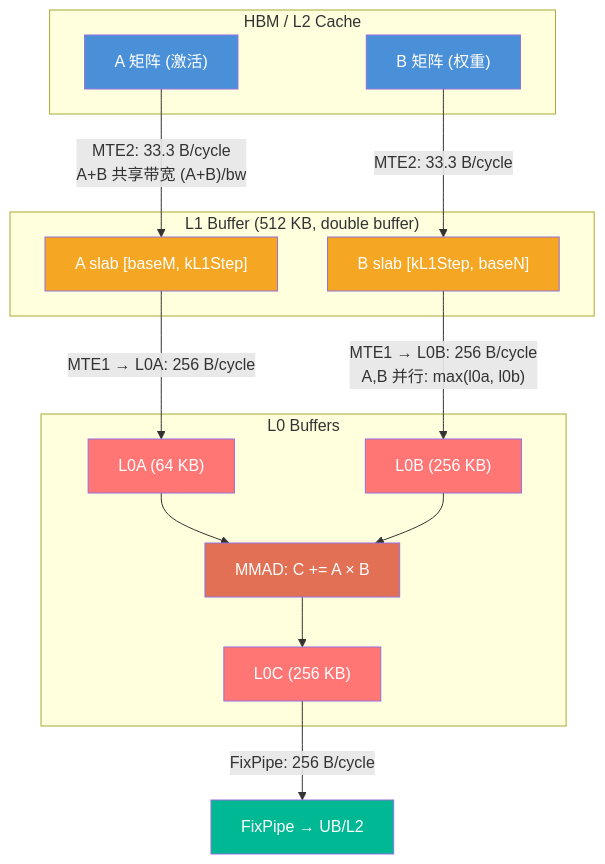
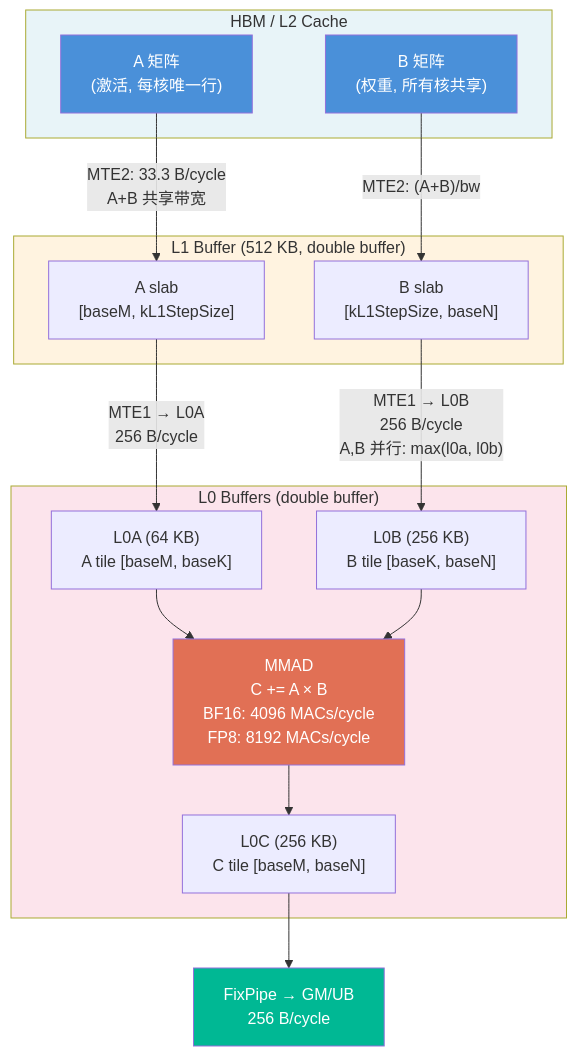
Before and after one commit to ChunnX/ops-transformer: the first of 2 diagrams in attention/mla_prolog_v3/docs/MlaPrologV3_Prefill_SplitM设计.md, drawn with Mermaid. The commit also changed other lines of this file, not shown here.

````diff
--- a/attention/mla_prolog_v3/docs/MlaPrologV3_Prefill_SplitM设计.md
+++ b/attention/mla_prolog_v3/docs/MlaPrologV3_Prefill_SplitM设计.md
@@ -7,40 +11,38 @@
 ```mermaid
 graph TB
     subgraph HBM_L2 ["HBM / L2 Cache"]
-        A_GM["A 矩阵 (激活)"]
-        B_GM["B 矩阵 (权重)"]
+        A_GM["A 矩阵<br/>(激活, 每核唯一行)"]
+        B_GM["B 矩阵<br/>(权重, 所有核共享)"]
     end
 
     subgraph L1 ["L1 Buffer (512 KB, double buffer)"]
-        A_L1["A slab [baseM, kL1Step]"]
-        B_L1["B slab [kL1Step, baseN]"]
+        A_L1["A slab<br/>[baseM, kL1StepSize]"]
+        B_L1["B slab<br/>[kL1StepSize, baseN]"]
     end
 
-    subgraph L0 ["L0 Buffers"]
-        L0A["L0A (64 KB)"]
-        L0B["L0B (256 KB)"]
-        MMAD["MMAD: C += A × B"]
-        L0C["L0C (256 KB)"]
+    subgraph L0 ["L0 Buffers (double buffer)"]
+        L0A["L0A (64 KB)<br/>A tile [baseM, baseK]"]
+        L0B["L0B (256 KB)<br/>B tile [baseK, baseN]"]
+        MMAD["MMAD<br/>C += A × B<br/>BF16: 4096 MACs/cycle<br/>FP8: 8192 MACs/cycle"]
+        L0C["L0C (256 KB)<br/>C tile [baseM, baseN]"]
     end
 
-    FP["FixPipe → UB/L2"]
+    FP["FixPipe → GM/UB<br/>256 B/cycle"]
 
-    A_GM -->|"MTE2: 33.3 B/cycle<br/>A+B 共享带宽 (A+B)/bw"| A_L1
-    B_GM -->|"MTE2: 33.3 B/cycle"| B_L1
-    A_L1 -->|"MTE1 → L0A: 256 B/cycle"| L0A
-    B_L1 -->|"MTE1 → L0B: 256 B/cycle<br/>A,B 并行: max(l0a, l0b)"| L0B
+    A_GM -->|"MTE2: 33.3 B/cycle<br/>A+B 共享带宽"| A_L1
+    B_GM -->|"MTE2: (A+B)/bw"| B_L1
+    A_L1 -->|"MTE1 → L0A<br/>256 B/cycle"| L0A
+    B_L1 -->|"MTE1 → L0B<br/>256 B/cycle<br/>A,B 并行: max(l0a, l0b)"| L0B
     L0A --> MMAD
     L0B --> MMAD
     MMAD --> L0C
-    L0C -->|"FixPipe: 256 B/cycle"| FP
+    L0C --> FP
 
+    style HBM_L2 fill:#e8f4f8
+    style L1 fill:#fff3e0
+    style L0 fill:#fce4ec
     style A_GM fill:#4a90d9,color:#fff
     style B_GM fill:#4a90d9,color:#fff
-    style A_L1 fill:#f5a623,color:#fff
-    style B_L1 fill:#f5a623,color:#fff
-    style L0A fill:#ff7675,color:#fff
-    style L0B fill:#ff7675,color:#fff
     style MMAD fill:#e17055,color:#fff
-    style L0C fill:#ff7675,color:#fff
     style FP fill:#00b894,color:#fff
 ```
````
